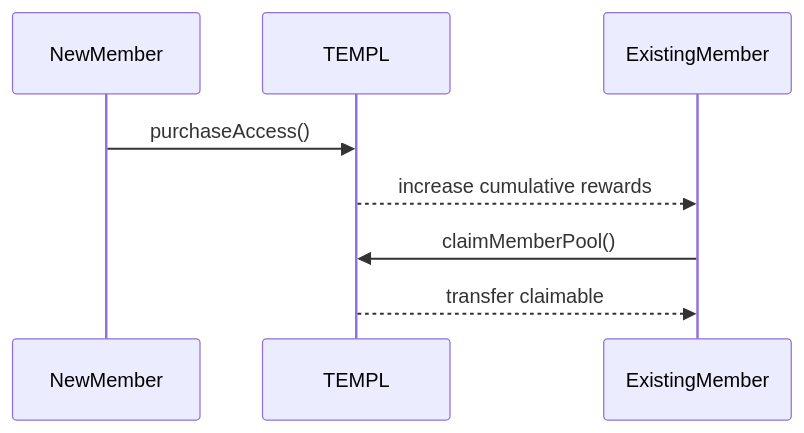
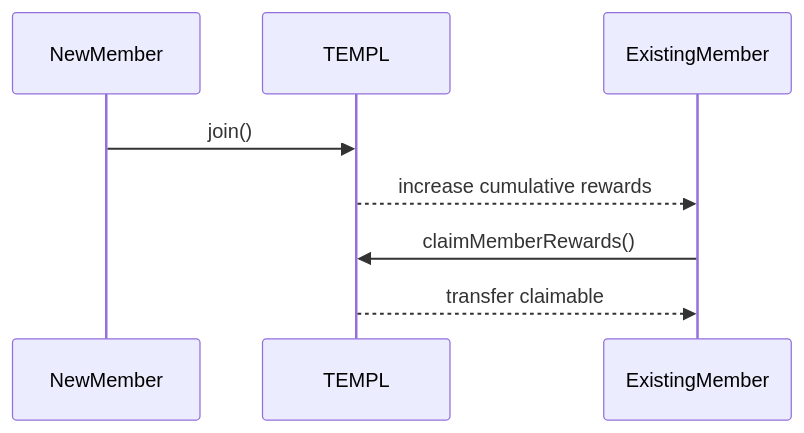
One commit to templ-fun/templ-evm-protocol changed the first of 3 diagrams in docs/CONTRACTS.md. Above: the diagram before and after it, drawn with Mermaid. The commit also changed other lines of this file and 69 other files, not shown here.

Commit message:
refactor: rename membership flows to join terminology

````diff
--- a/docs/CONTRACTS.md
+++ b/docs/CONTRACTS.md
@@ -57,10 +57,10 @@
 ```mermaid
 sequenceDiagram
     participant NewMember
     participant TEMPL
     participant ExistingMember
-    NewMember->>TEMPL: purchaseAccess()
+    NewMember->>TEMPL: join()
     TEMPL-->>ExistingMember: increase cumulative rewards
-    ExistingMember->>TEMPL: claimMemberPool()
+    ExistingMember->>TEMPL: claimMemberRewards()
     TEMPL-->>ExistingMember: transfer claimable
 ```
````
